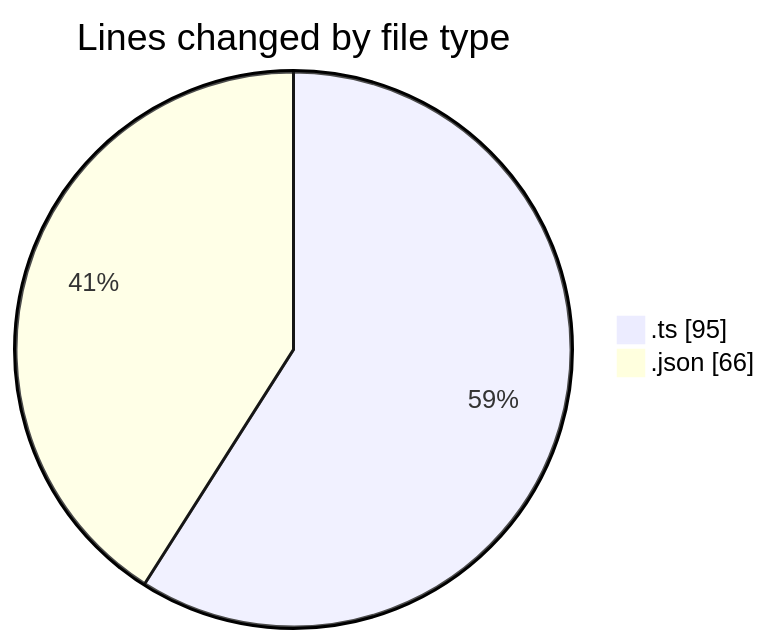
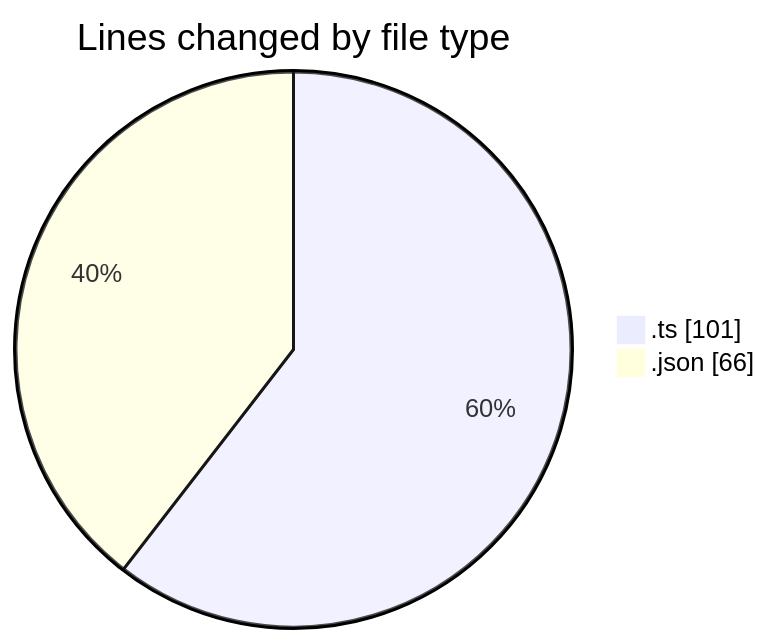
Before and after one commit to tmsrecording-cyber/code-tracking: the first of 2 diagrams in 2026-02-05/singularitybrainai/README.md, drawn with Mermaid. The commit also changed other lines of this file and 1 other file, not shown here.

````diff
--- a/2026-02-05/singularitybrainai/README.md
+++ b/2026-02-05/singularitybrainai/README.md
@@ -21,6 +21,6 @@
 ```mermaid
 pie showData
 title Lines changed by file type
-".ts" : 95
+".ts" : 101
 ".json" : 66
 ```
````
